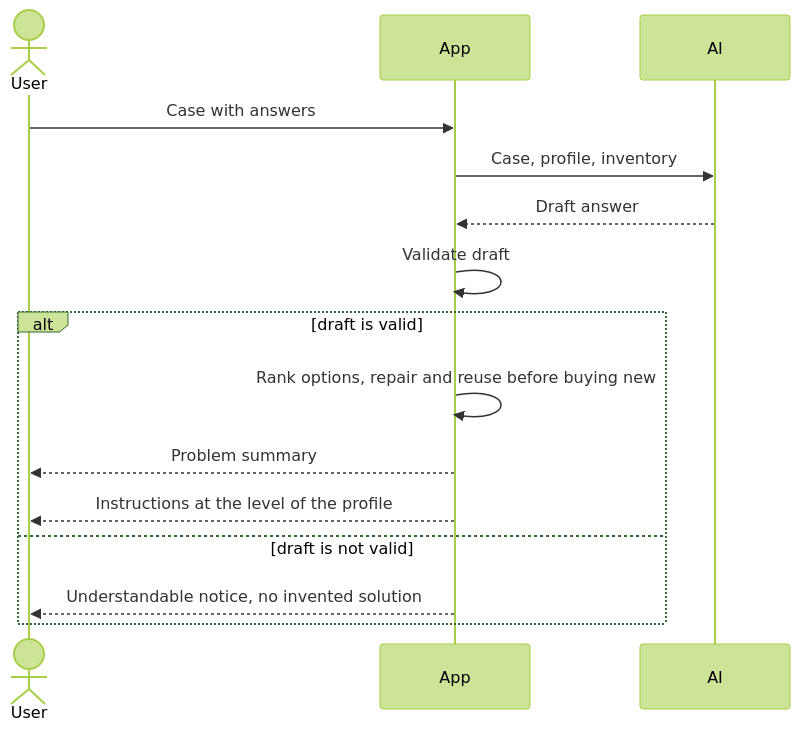
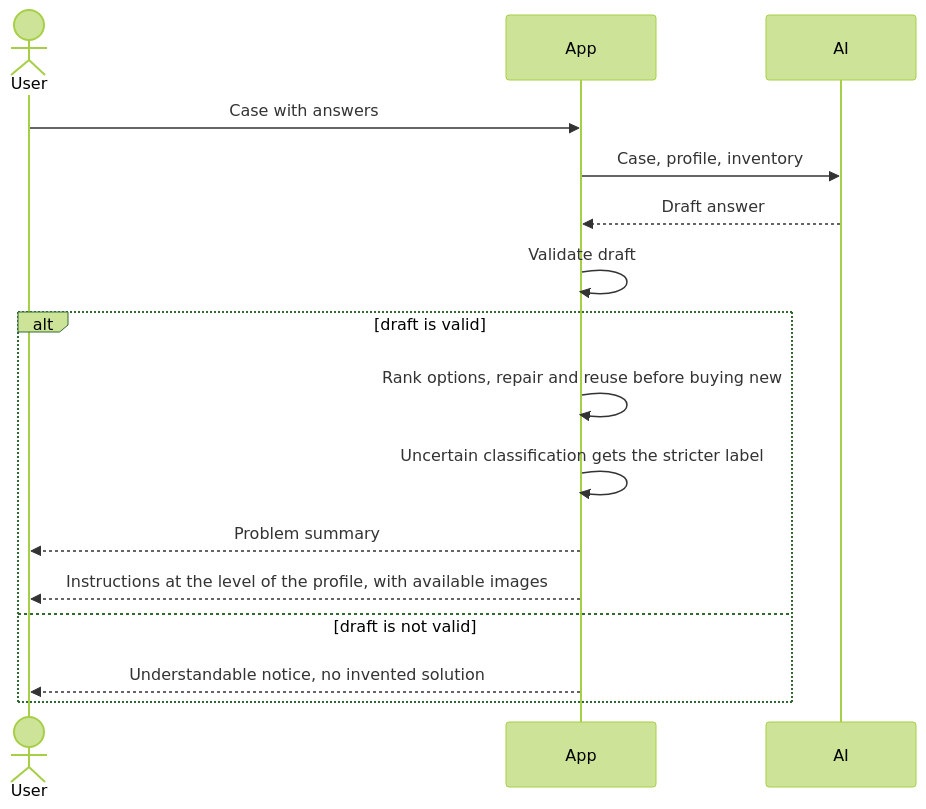
The diagram in docs/use-cases/UC-003-receive-instructions.md (mrh421/Applied_AI_DAIY), drawn with Mermaid (forest theme) before and after one commit. The commit also changed other lines of this file and 4 other files, not shown here.

````diff
--- a/docs/use-cases/UC-003-receive-instructions.md
+++ b/docs/use-cases/UC-003-receive-instructions.md
@@ -59,17 +63,18 @@
 ```mermaid
 sequenceDiagram
     actor User
     participant App
     participant AI
     User->>App: Case with answers
     App->>AI: Case, profile, inventory
     AI-->>App: Draft answer
     App->>App: Validate draft
     alt draft is valid
         App->>App: Rank options, repair and reuse before buying new
+        App->>App: Uncertain classification gets the stricter label
         App-->>User: Problem summary
-        App-->>User: Instructions at the level of the profile
+        App-->>User: Instructions at the level of the profile, with available images
     else draft is not valid
         App-->>User: Understandable notice, no invented solution
     end
 ```
````
